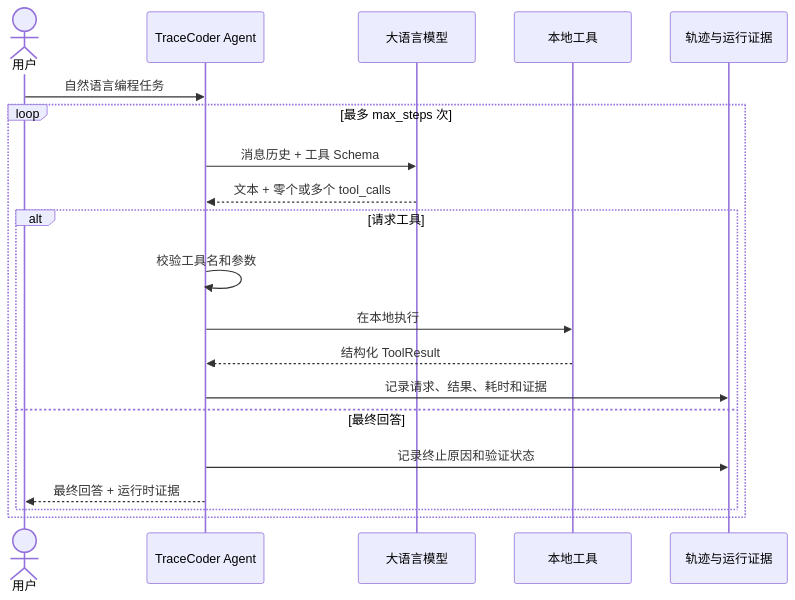
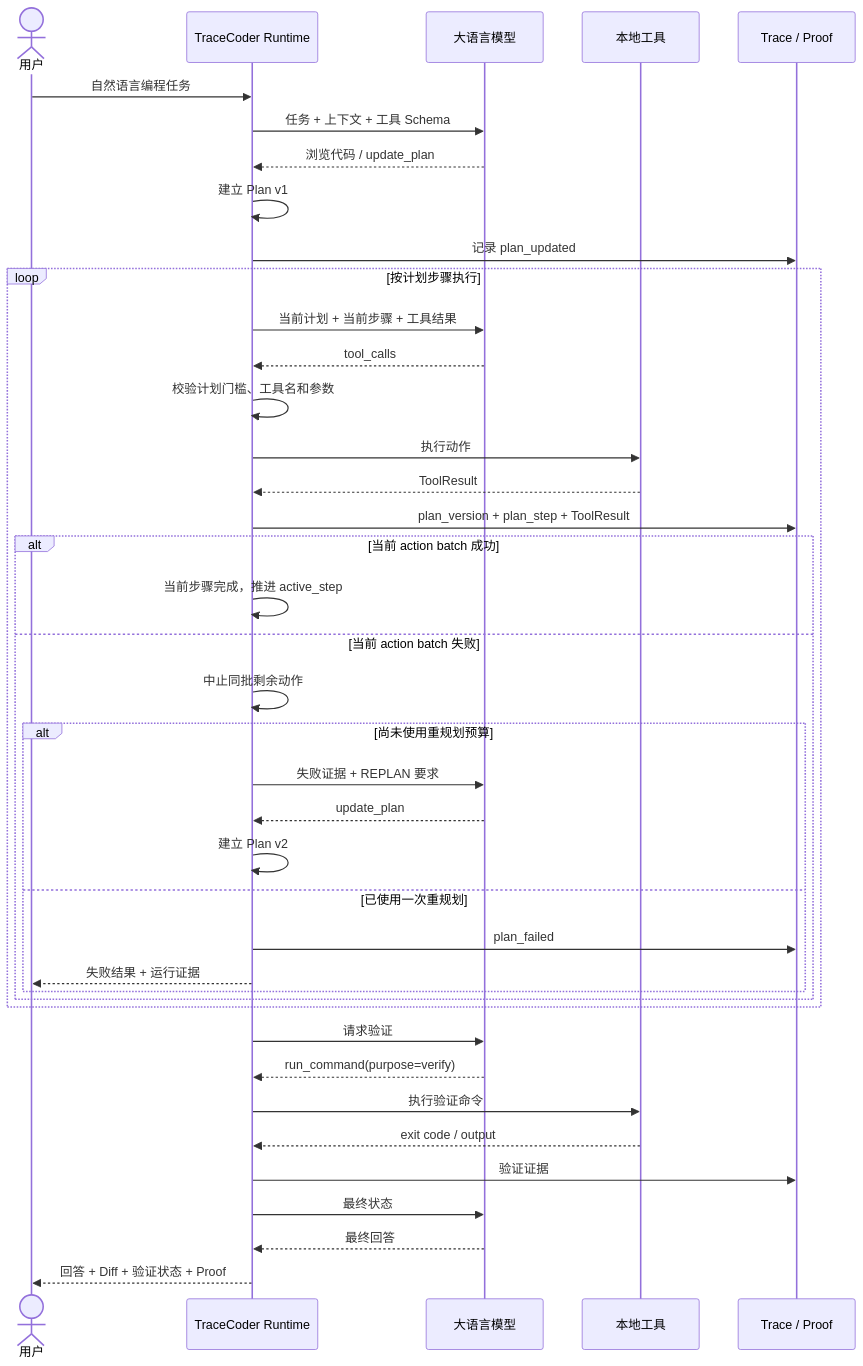
Before and after one commit to fanyuezuishuai/CodingAgent: the second of 2 diagrams in README.md, drawn with Mermaid. The commit also changed other lines of this file, not shown here.

````diff
--- a/README.md
+++ b/README.md
@@ -177,23 +102,49 @@
 ```mermaid
 sequenceDiagram
     actor U as 用户
-    participant A as TraceCoder Agent
+    participant A as TraceCoder Runtime
     participant M as 大语言模型
     participant T as 本地工具
-    participant R as 轨迹与运行证据
+    participant R as Trace / Proof
 
     U->>A: 自然语言编程任务
-    loop 最多 max_steps 次
-        A->>M: 消息历史 + 工具 Schema
-        M-->>A: 文本 + 零个或多个 tool_calls
-        alt 请求工具
-            A->>A: 校验工具名和参数
-            A->>T: 在本地执行
-            T-->>A: 结构化 ToolResult
-            A->>R: 记录请求、结果、耗时和证据
-        else 最终回答
-            A->>R: 记录终止原因和验证状态
-            A-->>U: 最终回答 + 运行时证据
+
+    A->>M: 任务 + 上下文 + 工具 Schema
+    M-->>A: 浏览代码 / update_plan
+
+    A->>A: 建立 Plan v1
+    A->>R: 记录 plan_updated
+
+    loop 按计划步骤执行
+        A->>M: 当前计划 + 当前步骤 + 工具结果
+        M-->>A: tool_calls
+        A->>A: 校验计划门槛、工具名和参数
+        A->>T: 执行动作
+        T-->>A: ToolResult
+        A->>R: plan_version + plan_step + ToolResult
+
+        alt 当前 action batch 成功
+            A->>A: 当前步骤完成，推进 active_step
+        else 当前 action batch 失败
+            A->>A: 中止同批剩余动作
+            alt 尚未使用重规划预算
+                A->>M: 失败证据 + REPLAN 要求
+                M-->>A: update_plan
+                A->>A: 建立 Plan v2
+            else 已使用一次重规划
+                A->>R: plan_failed
+                A-->>U: 失败结果 + 运行证据
+            end
         end
     end
+
+    A->>M: 请求验证
+    M-->>A: run_command(purpose=verify)
+    A->>T: 执行验证命令
+    T-->>A: exit code / output
+    A->>R: 验证证据
+
+    A->>M: 最终状态
+    M-->>A: 最终回答
+    A-->>U: 回答 + Diff + 验证状态 + Proof
 ```
````
